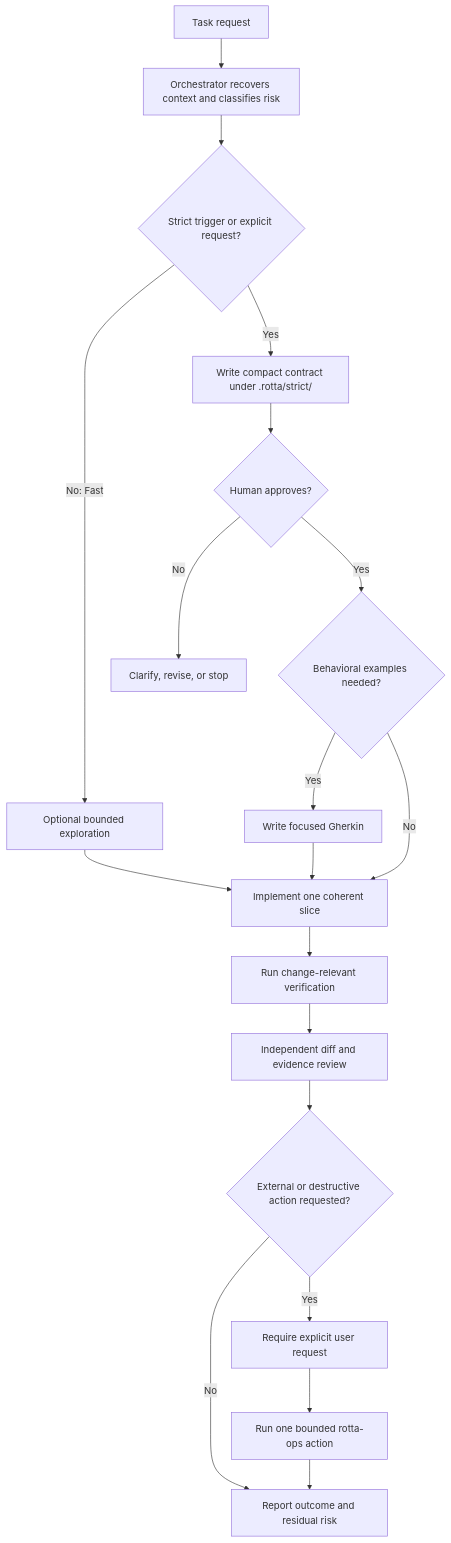
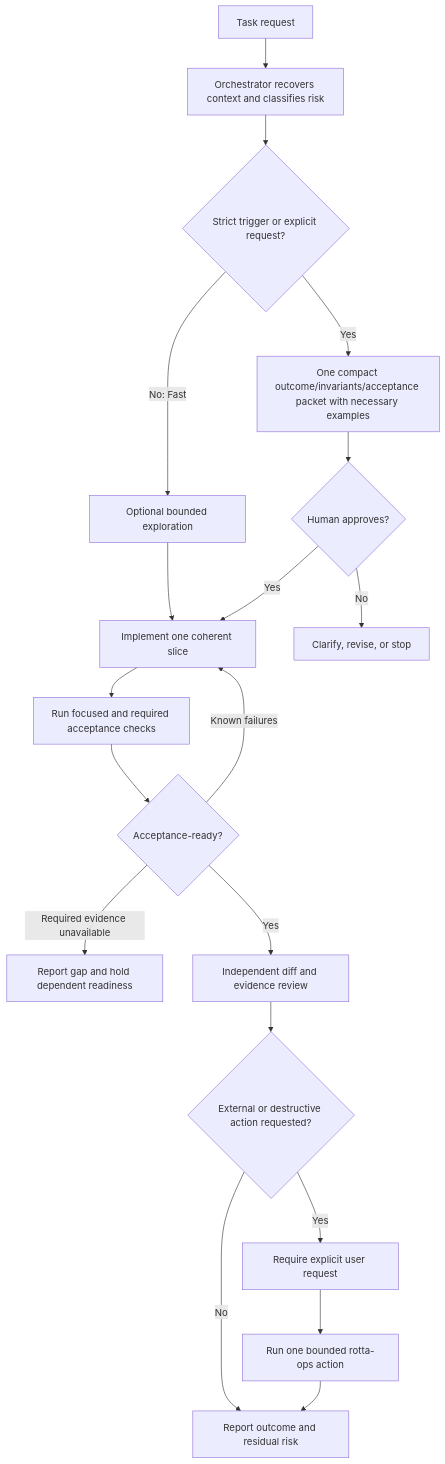
The diagram in README.md (Syfra3/Rotta), drawn with Mermaid before and after one commit. The commit also changed other lines of this file and 11 other files, not shown here.

````diff
--- a/README.md
+++ b/README.md
@@ -48,24 +48,24 @@
 ```mermaid
 flowchart TD
     request[Task request] --> classify[Orchestrator recovers context and classifies risk]
     classify --> strict{Strict trigger or explicit request?}
 
     strict -- No: Fast --> explore[Optional bounded exploration]
     explore --> implement[Implement one coherent slice]
 
-    strict -- Yes --> contract[Write compact contract under .rotta/strict/]
+    strict -- Yes --> contract[One compact outcome/invariants/acceptance packet with necessary examples]
     contract --> approval{Human approves?}
     approval -- No --> clarify[Clarify, revise, or stop]
-    approval -- Yes --> examples{Behavioral examples needed?}
-    examples -- Yes --> gherkin[Write focused Gherkin]
-    examples -- No --> implement
-    gherkin --> implement
+    approval -- Yes --> implement
 
-    implement --> verify[Run change-relevant verification]
-    verify --> review[Independent diff and evidence review]
+    implement --> verify[Run focused and required acceptance checks]
+    verify --> ready{Acceptance-ready?}
+    ready -- Known failures --> implement
+    ready -- Required evidence unavailable --> gap[Report gap and hold dependent readiness]
+    ready -- Yes --> review[Independent diff and evidence review]
     review --> operation{External or destructive action requested?}
     operation -- No --> report[Report outcome and residual risk]
     operation -- Yes --> consent[Require explicit user request]
     consent --> ops[Run one bounded rotta-ops action]
     ops --> report
 ```
````
